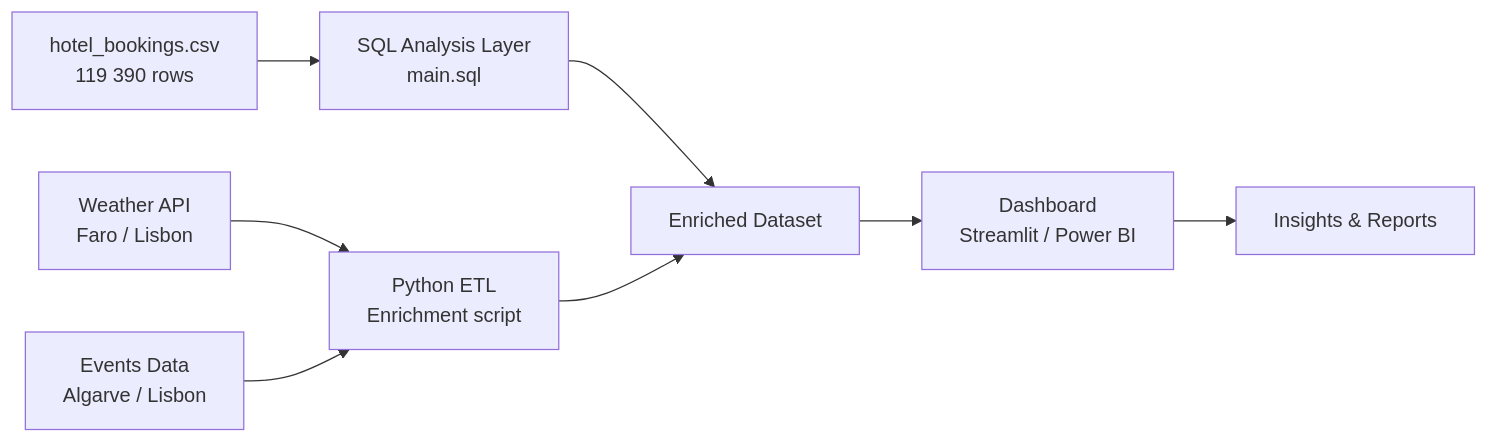
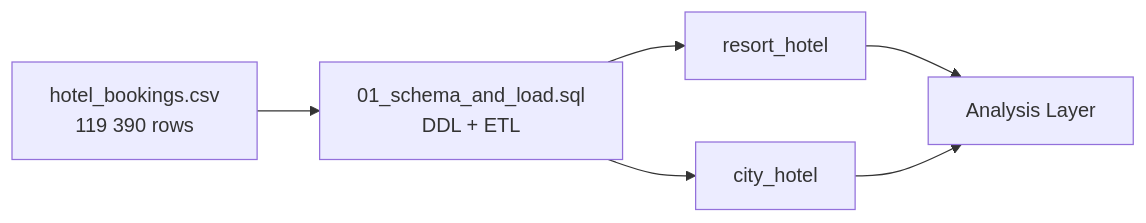
The diagram in README.md (JBaptisteAll/Hotel_Booking_Analysis), drawn with Mermaid before and after one commit. The commit also changed other lines of this file and 5 other files, not shown here.

Commit message:
finish the DDL + ETL part in file 01_. Also created the dictionnary and catalogue for the project

````diff
--- a/README.md
+++ b/README.md
@@ -29,10 +28,8 @@
 ```mermaid
 flowchart LR
-  A[hotel_bookings.csv\n119 390 rows] --> B[SQL Analysis Layer\nmain.sql]
-  C[Weather API\nFaro / Lisbon] --> D[Python ETL\nEnrichment script]
-  E[Events Data\nAlgarve / Lisbon] --> D
-  B --> F[Enriched Dataset]
-  D --> F
-  F --> G[Dashboard\nStreamlit / Power BI]
-  G --> H[Insights & Reports]
+  A[hotel_bookings.csv\n119 390 rows] --> B[01_schema_and_load.sql\nDDL + ETL]
+  B --> C[resort_hotel]
+  B --> D[city_hotel]
+  C --> E[Analysis Layer]
+  D --> E
 ```
````
